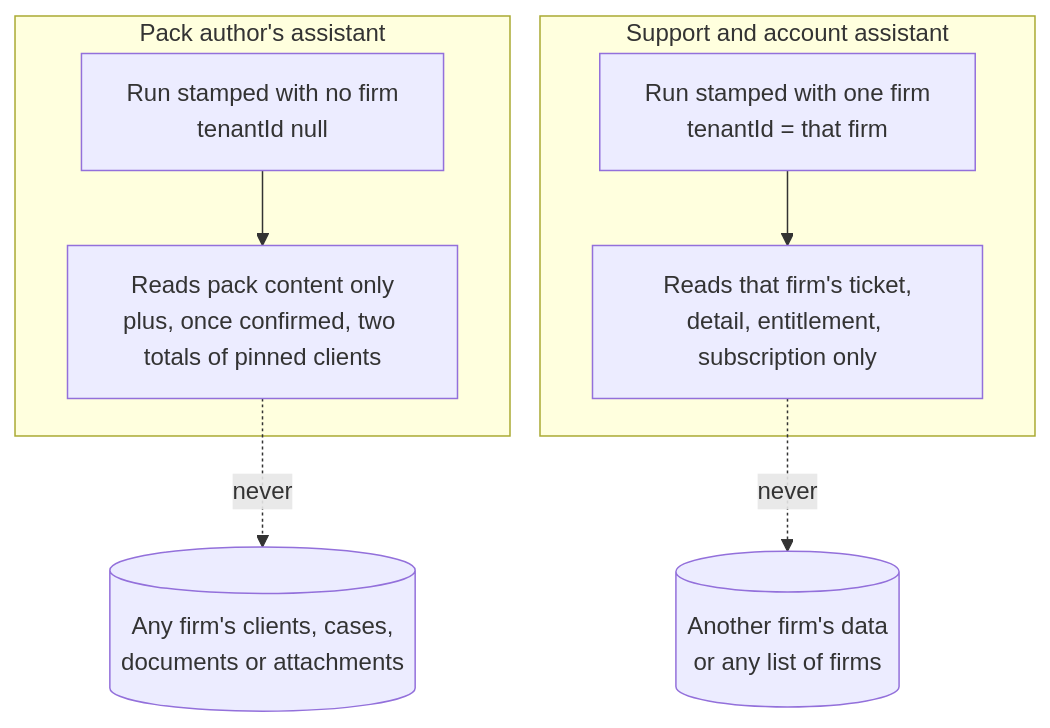
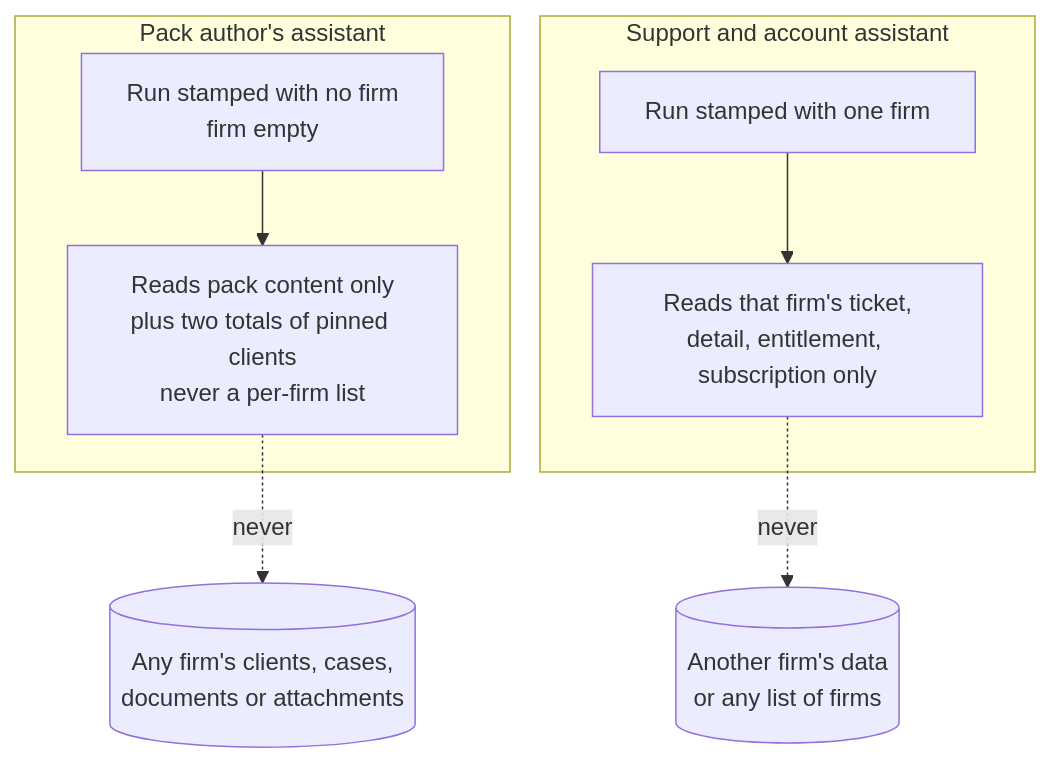
Before and after one commit to ranjan-expatready/xpatready: the second of 4 diagrams in ai-workers/requirements/AW-02-platform-ai-assistants_v0.1.md, drawn with Mermaid. The commit also changed other lines of this file and 39 other files, not shown here.

````diff
--- a/ai-workers/requirements/AW-02-platform-ai-assistants_v0.1.md
+++ b/ai-workers/requirements/AW-02-platform-ai-assistants_v0.1.md
@@ -93,11 +109,11 @@
 ```mermaid
 flowchart TB
     subgraph PACK[Pack author's assistant]
-      PR[Run stamped with no firm<br/>tenantId null] --> PD[Reads pack content only<br/>plus, once confirmed, two totals of pinned clients]
+      PR[Run stamped with no firm<br/>firm empty] --> PD[Reads pack content only<br/>plus two totals of pinned clients<br/>never a per-firm list]
     end
     subgraph SUP[Support and account assistant]
-      SR[Run stamped with one firm<br/>tenantId = that firm] --> SD[Reads that firm's ticket,<br/>detail, entitlement, subscription only]
+      SR[Run stamped with one firm] --> SD[Reads that firm's ticket,<br/>detail, entitlement, subscription only]
     end
     PD -.->|never| F[(Any firm's clients, cases,<br/>documents or attachments)]
     SD -.->|never| O[(Another firm's data<br/>or any list of firms)]
 ```
````
